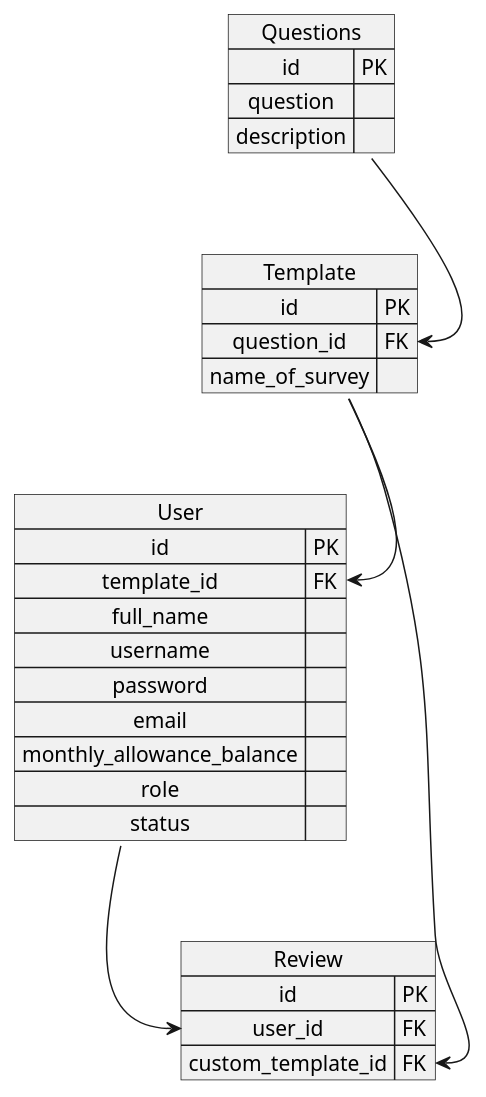
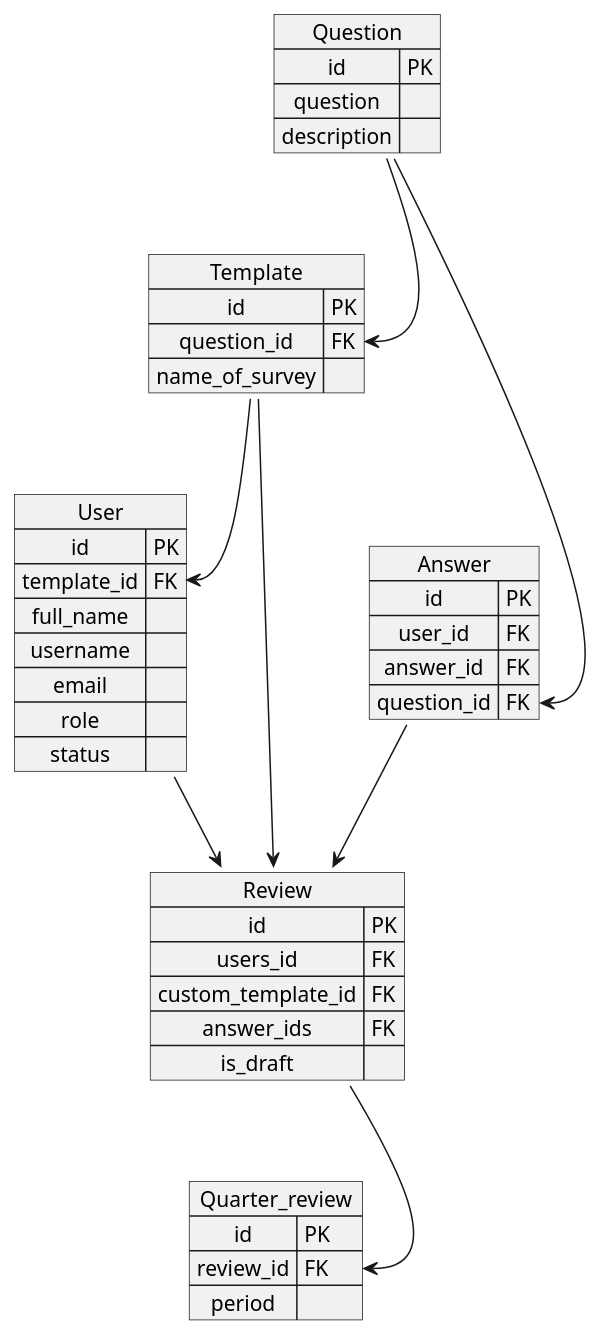
The diagram in models_plntuml.pu (MuratovER/base_architecture), drawn with PlantUML before and after one commit. The commit also changed 1 other file, not shown here.

```diff
--- a/models_plntuml.pu
+++ b/models_plntuml.pu
@@ -1,40 +1,56 @@
 @startuml
 
 
 map Template {
     id => PK
     question_id => FK
     name_of_survey =>
 }
 
-map Questions {
+map Question {
     id => PK
     question =>
     description =>
 }
 
 map User {
     id => PK
     template_id => FK
     full_name => 
     username =>
-    password =>
     email =>
-    monthly_allowance_balance =>
     role =>
     status =>
 }
 
+map Answer{
+    id => PK
+    user_id => FK 
+    answer_id => FK
+    question_id => FK
+}
+
 map Review {
     id => PK
-    user_id => FK
+    users_id => FK
     custom_template_id => FK
+    answer_ids => FK 
+    is_draft =>
 }
 
-Questions --> Template::question_id
-Template --> Review::custom_template_id
+map Quarter_review {
+    id => PK
+    review_id => FK
+    period =>
+}
+
+Template --> Review::template_id
+Question --> Template::question_id
+Question --> Answer::question_id
 Template --> User::template_id
 User --> Review::user_id
+Answer --> Review::answer_id
+Review --> Quarter_review::review_id
 
 
 @enduml
```
